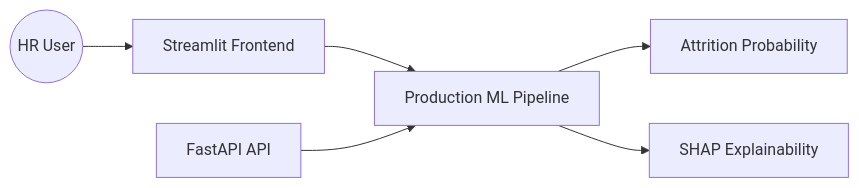
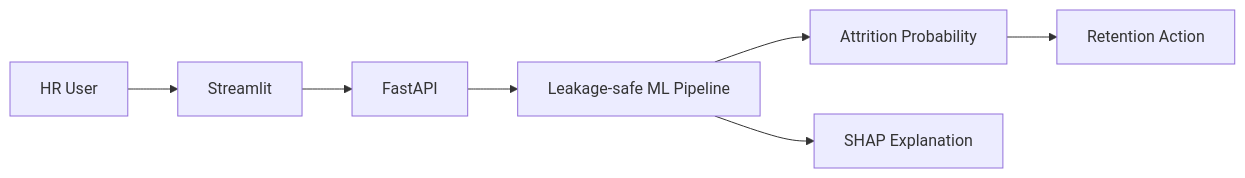
The diagram in README.md (Piyu242005/Green-Destination), drawn with Mermaid before and after one commit. The commit also changed other lines of this file, not shown here.

Commit message:
docs: refresh attrition project README

````diff
--- a/README.md
+++ b/README.md
@@ -22,8 +15,9 @@
 ```mermaid
 graph LR
-    User((HR User)) --> UI[Streamlit Frontend]
-    UI --> Model[Production ML Pipeline]
-    API[FastAPI API] --> Model
-    Model --> Risk[Attrition Probability]
-    Model --> XAI[SHAP Explainability]
+    HR[HR User] --> UI[Streamlit]
+    UI --> API[FastAPI]
+    API --> PIPE[Leakage-safe ML Pipeline]
+    PIPE --> RISK[Attrition Probability]
+    PIPE --> XAI[SHAP Explanation]
+    RISK --> ACTION[Retention Action]
 ```
````
